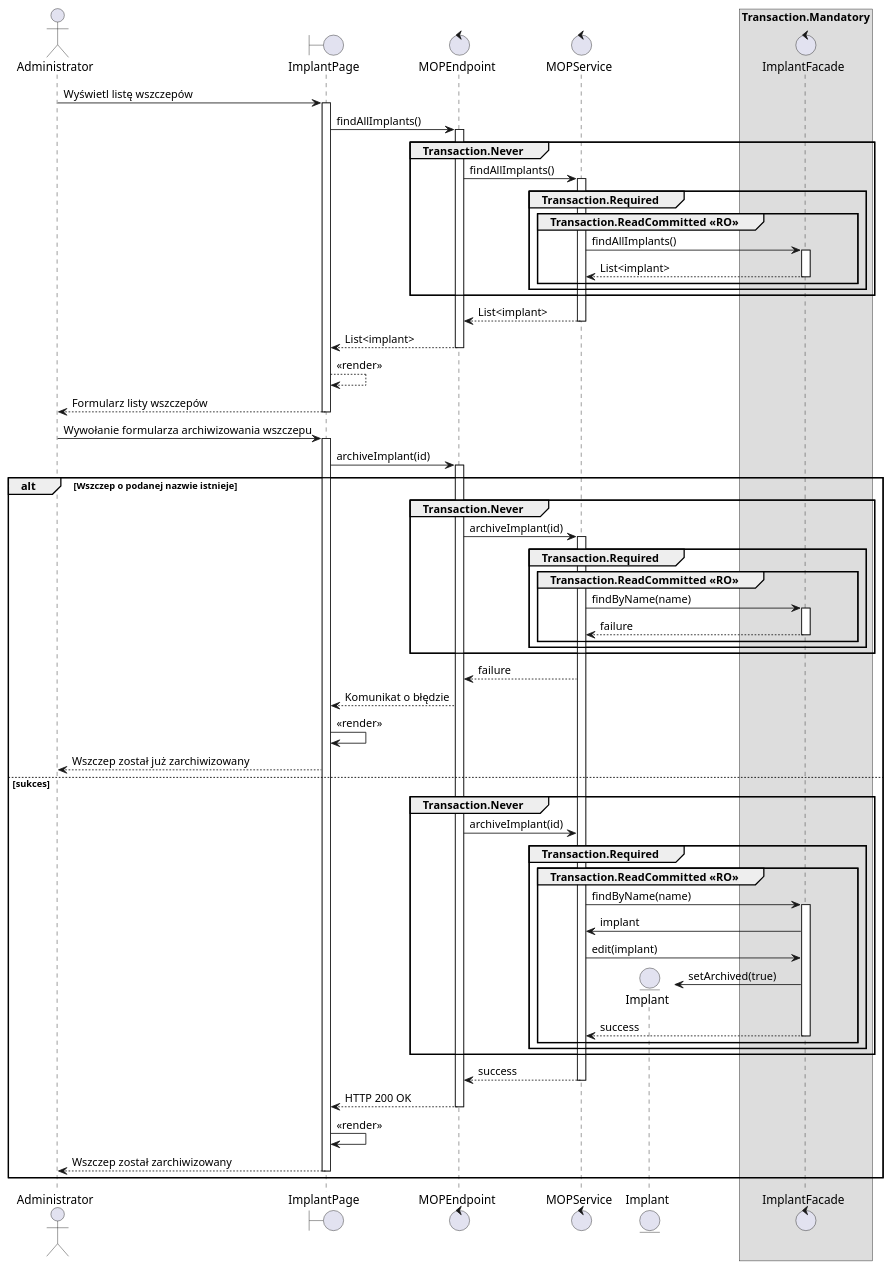
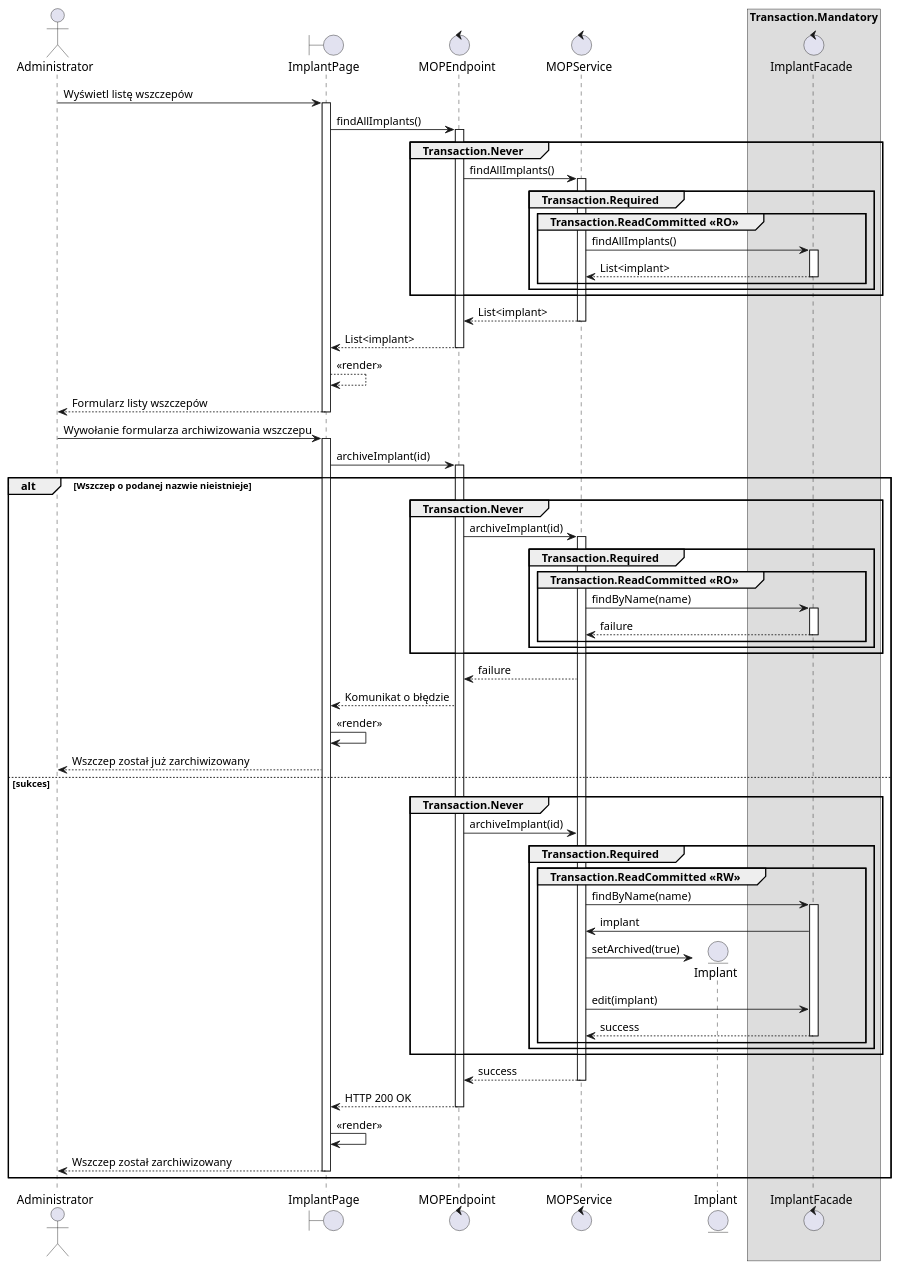
The diagram in src/rozdział 11/mop2.puml (TheVivent-Politechnika-Lodzka/ssbd03_kic_uml), drawn with PlantUML before and after one commit. The commit also changed 2 other files, not shown here.

```diff
--- a/src/rozdział 11/mop2.puml
+++ b/src/rozdział 11/mop2.puml
@@ -1,70 +1,69 @@
 @startuml MOP.2 - Usuń wszczep
 
 actor Administrator as admin
 boundary ImplantPage as gui
 control MOPEndpoint as controller
 control MOPService as service
 entity Implant as implant
 control ImplantFacade as facade
 
 skinparam backgroundcolor transparent
 box Transaction.Mandatory 
     participant facade
 end box
 
 admin -> gui ++ : Wyświetl listę wszczepów
 gui -> controller ++ :  findAllImplants()
 group Transaction.Never
     controller -> service ++ : findAllImplants()
     group Transaction.Required
         group Transaction.ReadCommitted <<RO>>
             service -> facade ++ : findAllImplants()
             return List<implant>
         end
     end
 end
 return List<implant>
 return List<implant>
 gui --> gui : <<render>>
 return Formularz listy wszczepów
 
 admin -> gui ++ : Wywołanie formularza archiwizowania wszczepu
 gui -> controller ++ : archiveImplant(id)
 
-alt Wszczep o podanej nazwie istnieje
+alt Wszczep o podanej nazwie nieistnieje
     group Transaction.Never
         controller -> service ++: archiveImplant(id)
         group Transaction.Required
             group Transaction.ReadCommitted <<RO>>
                 service -> facade ++ : findByName(name)
                 return failure
             end
         end  
     end
     service --> controller : failure
     controller --> gui : Komunikat o błędzie
     gui -> gui : <<render>>
     gui --> admin : Wszczep został już zarchiwizowany
 
 else  sukces
     group Transaction.Never
         controller -> service : archiveImplant(id)
         group Transaction.Required
-            group Transaction.ReadCommitted <<RO>>
+            group Transaction.ReadCommitted <<RW>>
                 service -> facade ++ : findByName(name)
                 facade -> service : implant
+                service -> implant **: setArchived(true)
                 service -> facade : edit(implant)
-                facade -> implant **: setArchived(true)
-            
                 return success
             end
         end
     end
     return success
     return HTTP 200 OK
 gui -> gui : <<render>>
 return Wszczep został zarchiwizowany
 end
 
 
 @enduml
```
